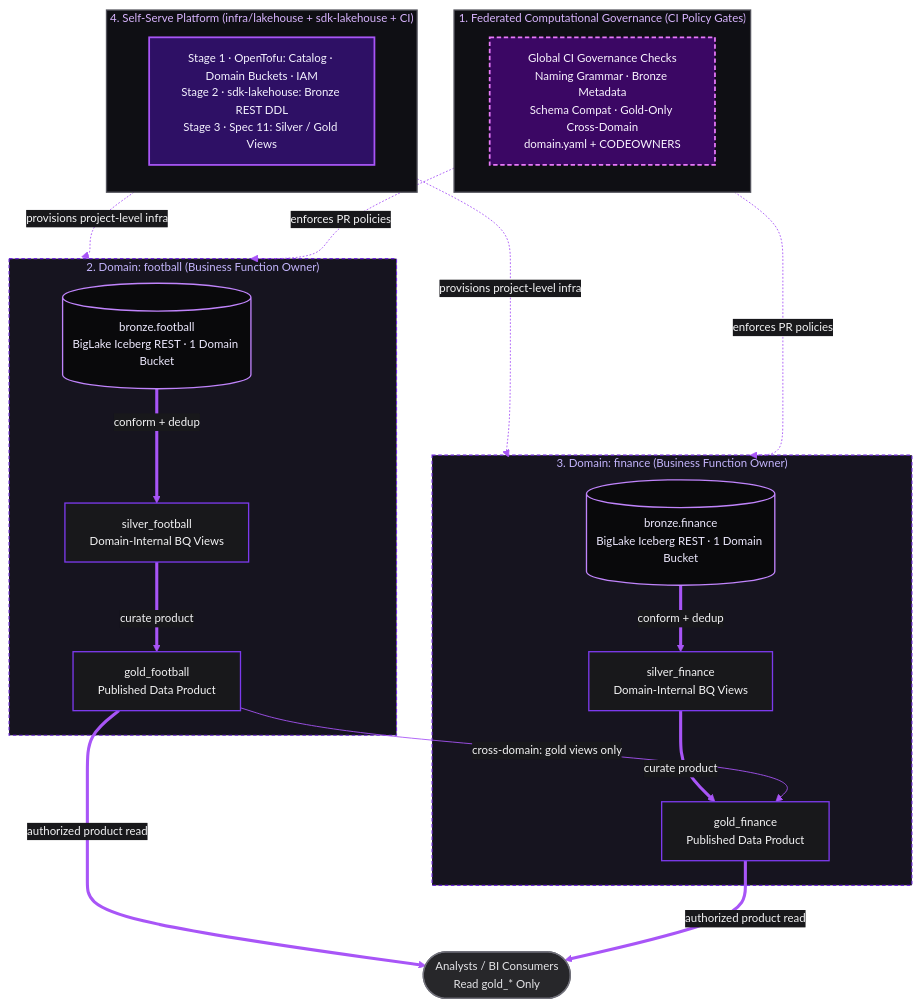
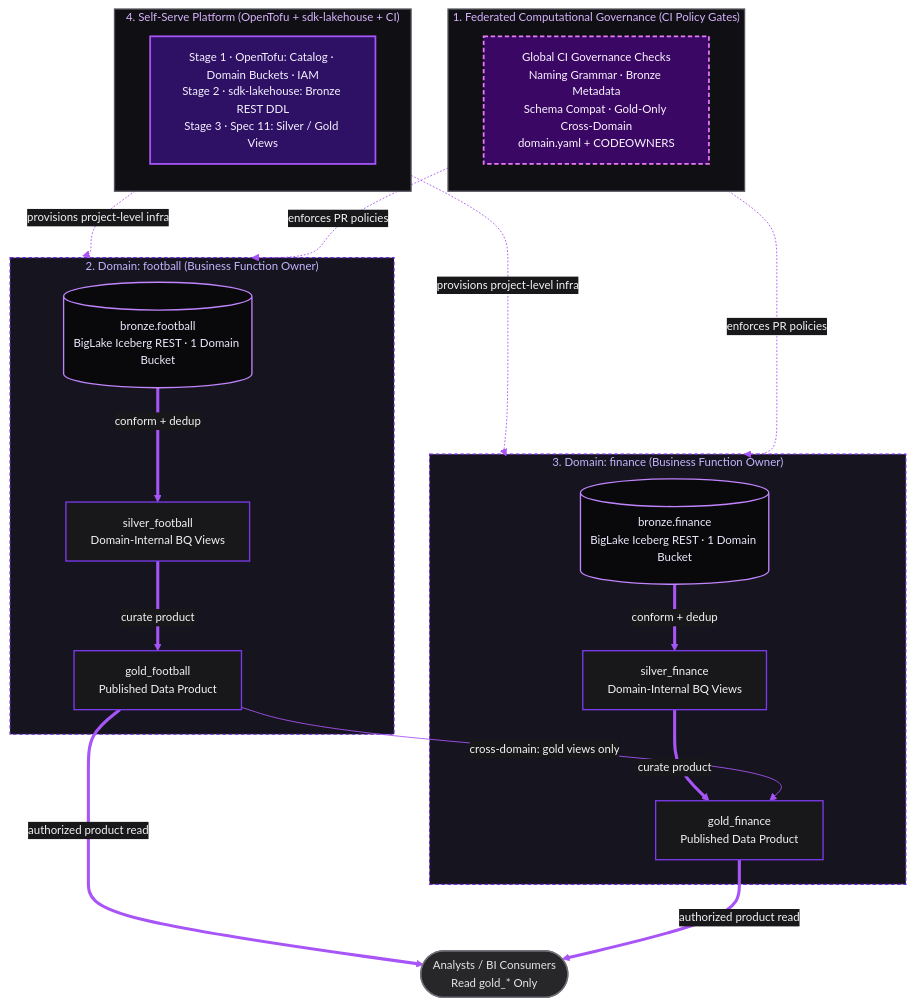
The first of 2 diagrams in platform_unified_data_gcp/specs/03_data_lakehouse_architecture.md (x-ruiz/playground-cloud-engineering), drawn with Mermaid before and after one commit. The commit also changed other lines of this file and 5 other files, not shown here.

````diff
--- a/platform_unified_data_gcp/specs/03_data_lakehouse_architecture.md
+++ b/platform_unified_data_gcp/specs/03_data_lakehouse_architecture.md
@@ -24,54 +24,54 @@
 ```mermaid
 %%{init: {"theme": "base", "themeCSS": "svg { background-color: #09090B !important; border-radius: 8px; }", "themeVariables": {"darkMode": true, "background": "#09090B", "mainBkg": "#18181B", "textColor": "#F4F4F5", "primaryColor": "#18181B", "primaryTextColor": "#F4F4F5", "primaryBorderColor": "#7C3AED", "lineColor": "#A855F7", "secondaryColor": "#16141F", "tertiaryColor": "#0F0F14", "edgeLabelBackground": "#18181B", "clusterBkg": "#0F0F14", "clusterBorder": "#52525B", "titleColor": "#D8B4FE", "fontFamily": "Inter, ui-sans-serif, system-ui, -apple-system, sans-serif", "fontSize": "13px"}, "flowchart": {"curve": "basis", "nodeSpacing": 42, "rankSpacing": 56, "padding": 14}}}%%
 flowchart TB
     subgraph GOV["1. Federated Computational Governance (CI Policy Gates)"]
         POL["Global CI Governance Checks\nNaming Grammar · Bronze Metadata\nSchema Compat · Gold-Only Cross-Domain\ndomain.yaml + CODEOWNERS"]
     end
 
     subgraph D1["2. Domain: football (Business Function Owner)"]
         B1[("bronze.football\nBigLake Iceberg REST · 1 Domain Bucket")]
         S1["silver_football\nDomain-Internal BQ Views"]
         G1["gold_football\nPublished Data Product"]
         B1 ==>|"conform + dedup"| S1
         S1 ==>|"curate product"| G1
     end
 
     subgraph D2["3. Domain: finance (Business Function Owner)"]
         B2[("bronze.finance\nBigLake Iceberg REST · 1 Domain Bucket")]
         S2["silver_finance\nDomain-Internal BQ Views"]
         G2["gold_finance\nPublished Data Product"]
         B2 ==>|"conform + dedup"| S2
         S2 ==>|"curate product"| G2
     end
 
-    subgraph PLAT["4. Self-Serve Platform (infra/lakehouse + sdk-lakehouse + CI)"]
+    subgraph PLAT["4. Self-Serve Platform (OpenTofu + sdk-lakehouse + CI)"]
         P["Stage 1 · OpenTofu: Catalog · Domain Buckets · IAM\nStage 2 · sdk-lakehouse: Bronze REST DDL\nStage 3 · Spec 11: Silver / Gold Views"]
     end
 
     C(["Analysts / BI Consumers\nRead gold_* Only"])
 
     G1 -->|"cross-domain: gold views only"| G2
     G1 ==>|"authorized product read"| C
     G2 ==>|"authorized product read"| C
     PLAT -.->|"provisions project-level infra"| D1
     PLAT -.->|"provisions project-level infra"| D2
     GOV -.->|"enforces PR policies"| D1
     GOV -.->|"enforces PR policies"| D2
 
     classDef core fill:#2E1065,stroke:#A855F7,stroke-width:2px,color:#F5F3FF
     classDef service fill:#18181B,stroke:#7C3AED,stroke-width:1.5px,color:#F4F4F5
     classDef store fill:#09090B,stroke:#C084FC,stroke-width:1.5px,color:#EDE9FE
     classDef external fill:#27272A,stroke:#71717A,stroke-width:1.5px,color:#E4E4E7
     classDef guard fill:#3B0764,stroke:#E879F9,stroke-width:2px,stroke-dasharray:5 3,color:#FAF5FF
 
     class POL guard
     class P core
     class B1,B2 store
     class S1,G1,S2,G2 service
     class C external
 
     style GOV fill:#0F0F14,stroke:#52525B,stroke-width:1.5px,color:#D8B4FE
     style D1 fill:#16141F,stroke:#6D28D9,stroke-width:1.25px,stroke-dasharray:4 3,color:#C4B5FD
     style D2 fill:#16141F,stroke:#6D28D9,stroke-width:1.25px,stroke-dasharray:4 3,color:#C4B5FD
     style PLAT fill:#0F0F14,stroke:#52525B,stroke-width:1.5px,color:#D8B4FE
 ```
````
